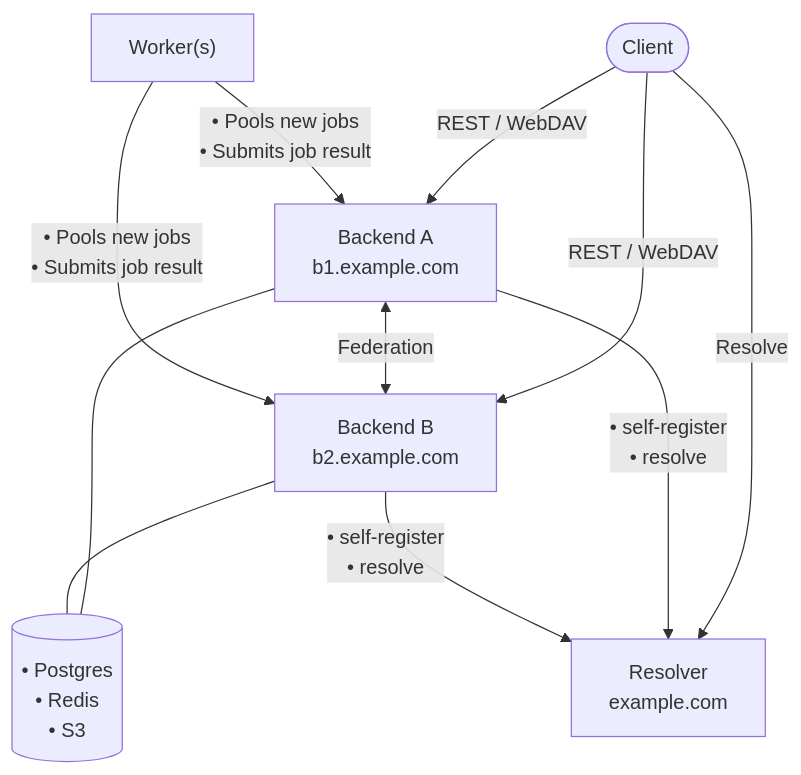
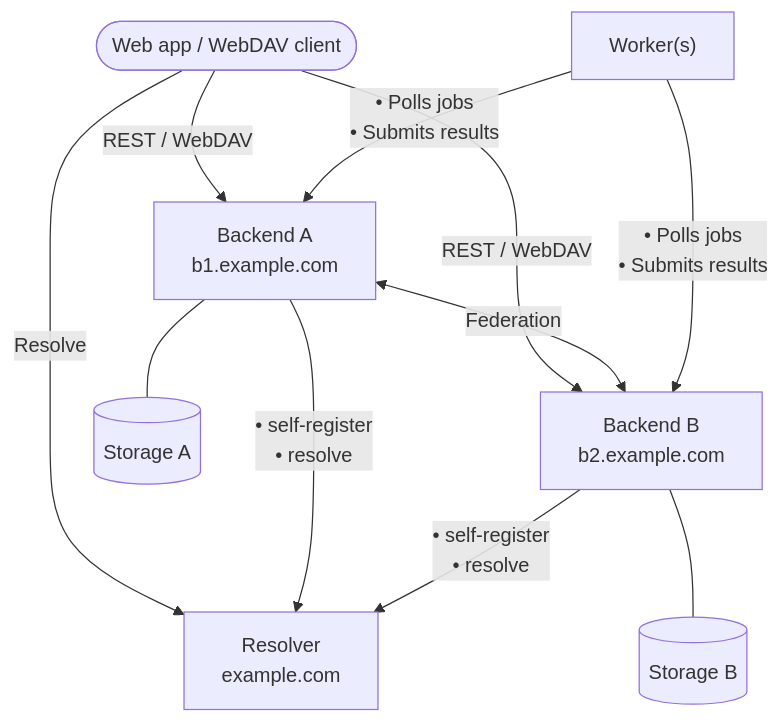
One commit to ClementGre/Archypix changed the second of 2 diagrams in README.md. Above: the diagram before and after it, drawn with Mermaid. The commit also changed other lines of this file, not shown here.

````diff
--- a/README.md
+++ b/README.md
@@ -124,19 +140,20 @@
 ```mermaid
 graph TB
-    client(["Client"])
+    client(["Web app / WebDAV client"])
     resolver["Resolver<br>example.com"]
     backA["Backend A<br>b1.example.com"]
     backB["Backend B<br>b2.example.com"]
     worker["Worker(s)"]
-    storage[("• Postgres<br>• Redis<br>• S3")]
+    storageA[("Storage A")]
+    storageB[("Storage B")]
+    client -->|Resolve| resolver
     client -->|" REST / WebDAV "| backA
     client -->|" REST / WebDAV "| backB
-    client -->|Resolve| resolver
-    backA --- storage
-    backB --- storage
+    backA --- storageA
+    backB --- storageB
     backA <-->|Federation| backB
     backA -->|" • self-register<br>• resolve "| resolver
     backB -->|" • self-register<br>• resolve "| resolver
-    worker -->|" • Pools new jobs<br>• Submits job result "| backA
-    worker -->|" • Pools new jobs<br>• Submits job result "| backB
+    worker -->|" • Polls jobs<br>• Submits results "| backA
+    worker -->|" • Polls jobs<br>• Submits results "| backB
 ```
````
